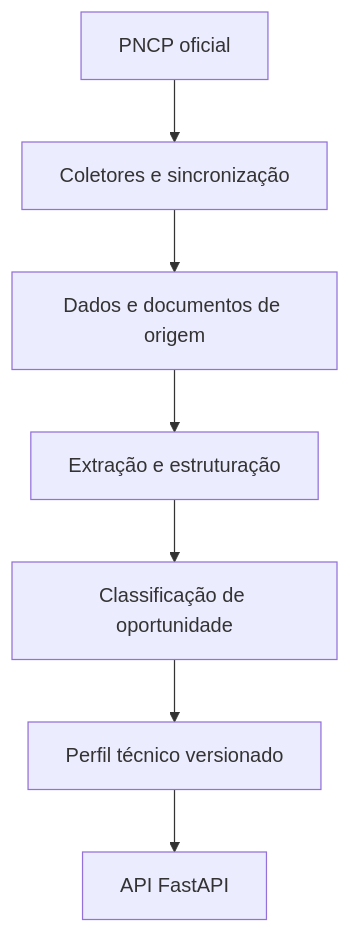
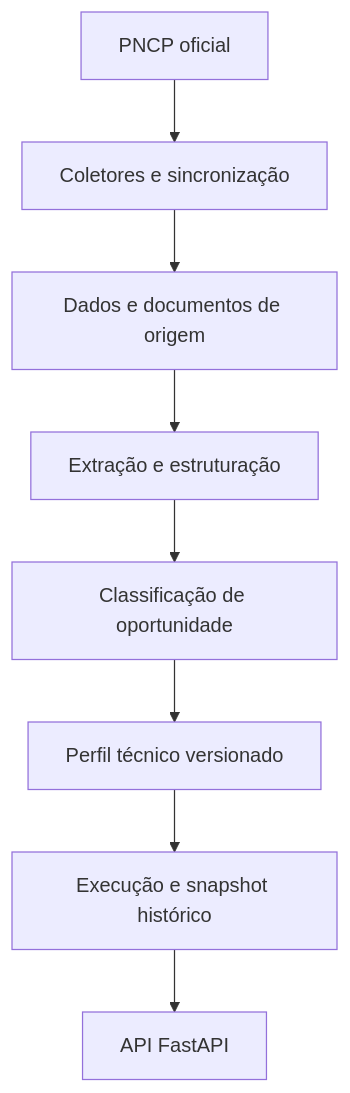
One commit to adilsonsg/sigarp changed the diagram in docs/architecture.md. Above: the diagram before and after it, drawn with Mermaid. The commit also changed other lines of this file and 27 other files, not shown here.

````diff
--- a/docs/architecture.md
+++ b/docs/architecture.md
@@ -8,9 +8,10 @@
 ```mermaid
 flowchart TD
     PNCP["PNCP oficial"] --> COL["Coletores e sincronização"]
     COL --> RAW["Dados e documentos de origem"]
     RAW --> EXT["Extração e estruturação"]
     EXT --> CLS["Classificação de oportunidade"]
     CLS --> PRF["Perfil técnico versionado"]
-    PRF --> API["API FastAPI"]
+    PRF --> AUD["Execução e snapshot histórico"]
+    AUD --> API["API FastAPI"]
 ```
````
